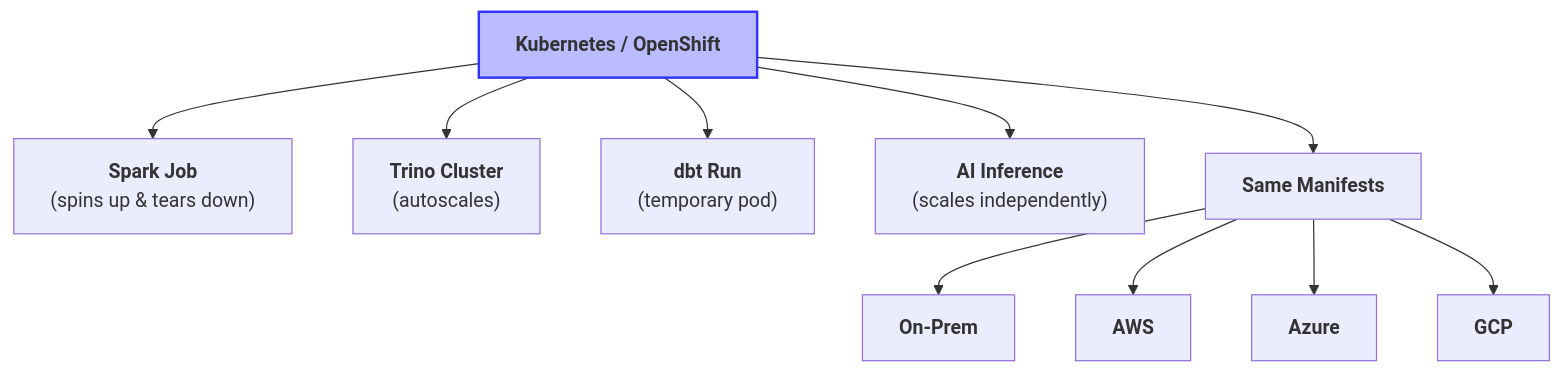
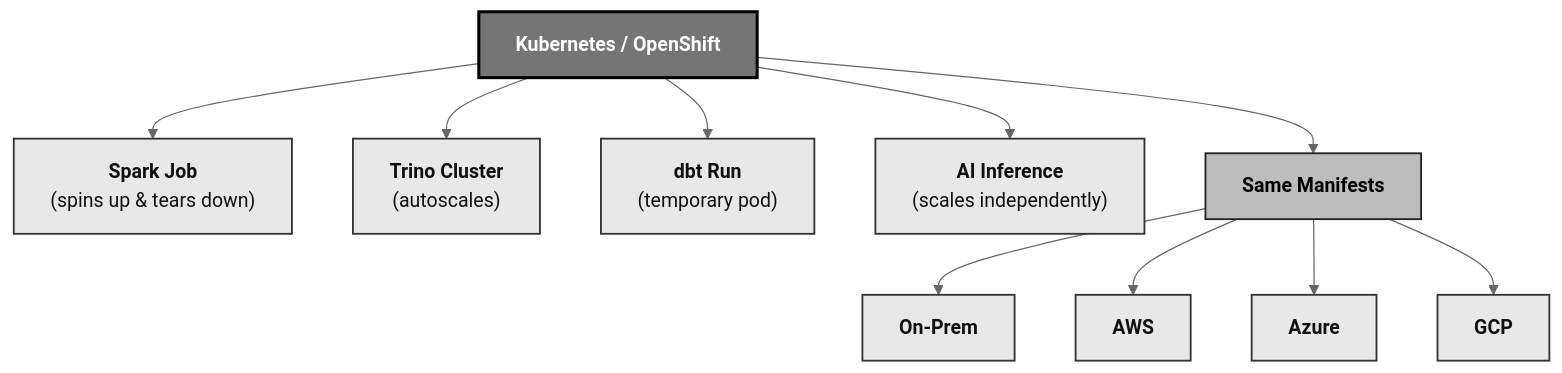
One commit to rilov/handbook changed the sixth of 7 diagrams in _topics/modern-containerized-open-data-stack.md. Above: the diagram before and after it, drawn with Mermaid. The commit also changed other lines of this file, not shown here.

Commit message:
Update mermaid diagrams to grayscale with larger readable fonts

```diff
--- a/_topics/modern-containerized-open-data-stack.md
+++ b/_topics/modern-containerized-open-data-stack.md
@@ -336,14 +353,20 @@
 <div class="mermaid">
+%%{init: {'theme':'neutral', 'themeVariables': {'fontSize':'16px', 'fontFamily':'Helvetica, Arial, sans-serif'}}}%%
 graph TD
     K["<b>Kubernetes / OpenShift</b>"]
     K --> SP["<b>Spark Job</b><br/>(spins up &amp; tears down)"]
     K --> TR["<b>Trino Cluster</b><br/>(autoscales)"]
     K --> DBT["<b>dbt Run</b><br/>(temporary pod)"]
     K --> AI["<b>AI Inference</b><br/>(scales independently)"]
     K --> ENV["<b>Same Manifests</b>"]
     ENV --> ON["<b>On-Prem</b>"]
     ENV --> AWS["<b>AWS</b>"]
     ENV --> AZ["<b>Azure</b>"]
     ENV --> GCP["<b>GCP</b>"]
-    style K fill:#bbf,stroke:#33f,stroke-width:2px
+    classDef gray fill:#e8e8e8,stroke:#333,stroke-width:1.5px,color:#111
+    classDef midgray fill:#bdbdbd,stroke:#222,stroke-width:1.5px,color:#000
+    class SP,TR,DBT,AI gray
+    class ON,AWS,AZ,GCP gray
+    class ENV midgray
+    style K fill:#757575,stroke:#000,stroke-width:2.5px,color:#fff
 </div>
```
